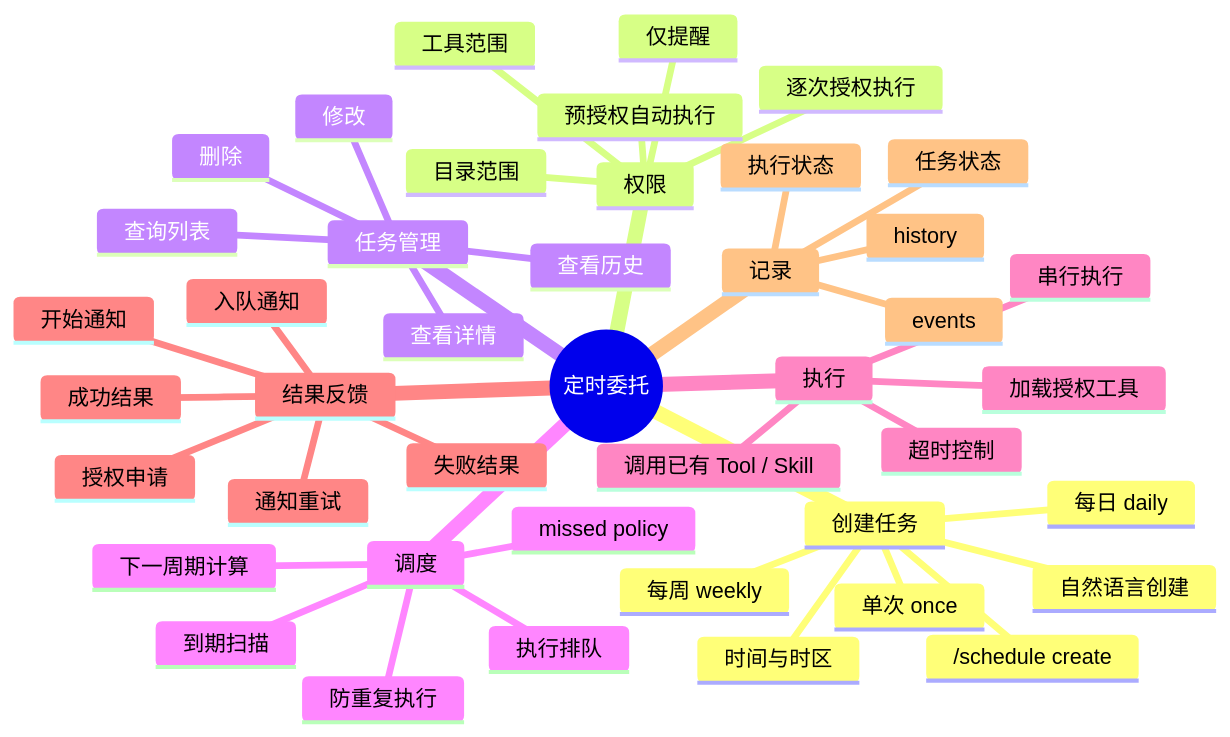
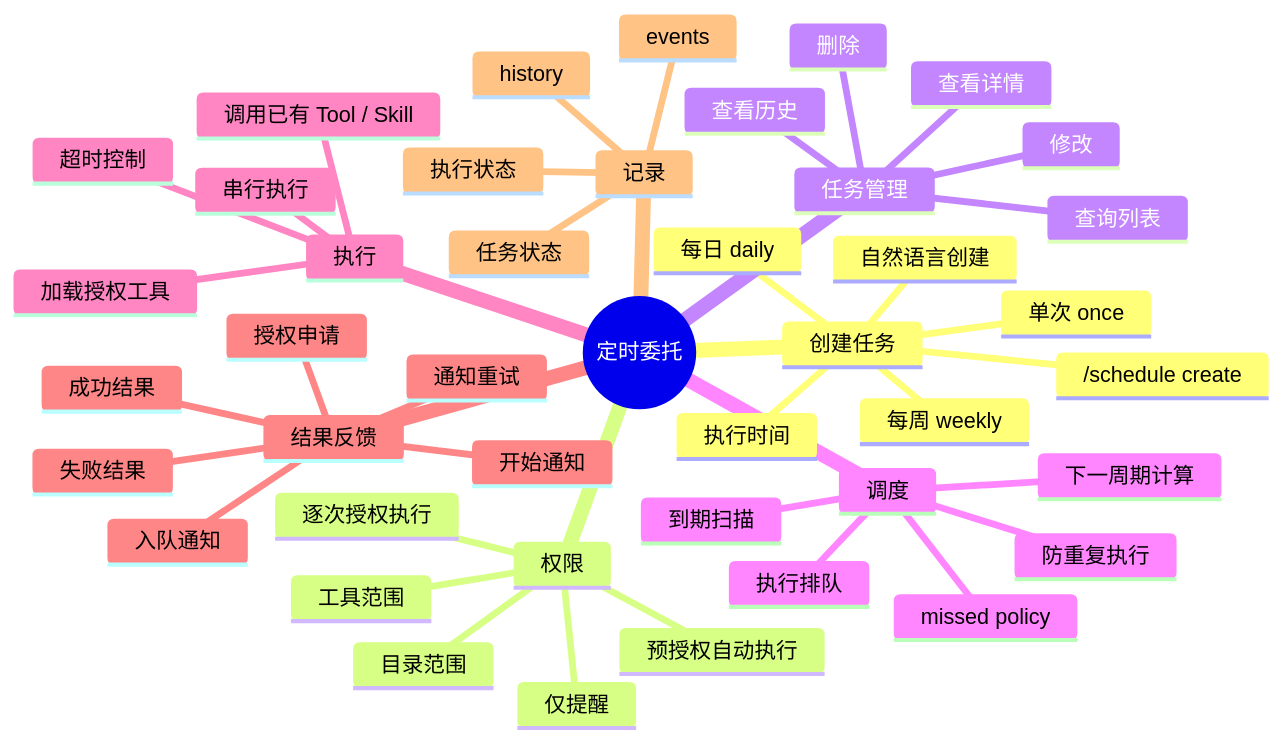
One commit to kari-leo/windborne-blog changed the second of 7 diagrams in src/content/projectDocuments/telebot/telebot-scheduled-prd.md. Above: the diagram before and after it, drawn with Mermaid. The commit also changed other lines of this file and 2 other files, not shown here.

````diff
--- a/src/content/projectDocuments/telebot/telebot-scheduled-prd.md
+++ b/src/content/projectDocuments/telebot/telebot-scheduled-prd.md
@@ -102,46 +99,46 @@
 ```mermaid
 mindmap
   root((定时委托))
     创建任务
       自然语言创建
       /schedule create
       单次 once
       每日 daily
       每周 weekly
-      时间与时区
+      执行时间
     权限
       仅提醒
       逐次授权执行
       预授权自动执行
       工具范围
       目录范围
     任务管理
       查询列表
       查看详情
       修改
       删除
       查看历史
     调度
       到期扫描
       执行排队
       下一周期计算
       missed policy
       防重复执行
     执行
       加载授权工具
       调用已有 Tool / Skill
       超时控制
       串行执行
     结果反馈
       入队通知
       开始通知
       成功结果
       失败结果
       授权申请
       通知重试
     记录
       任务状态
       执行状态
       events
       history
 ```
````
